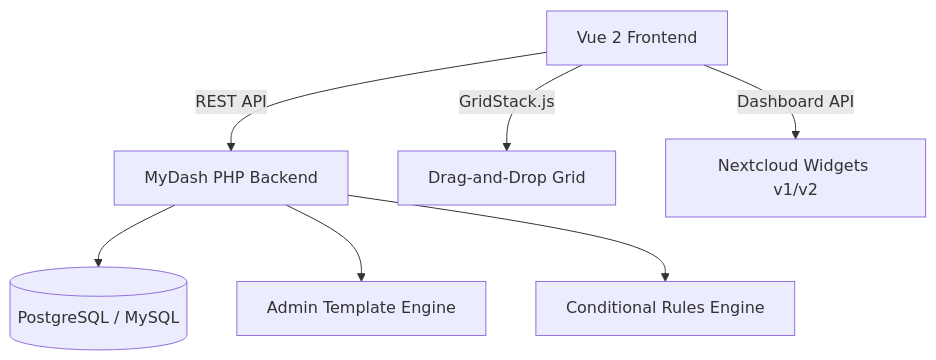
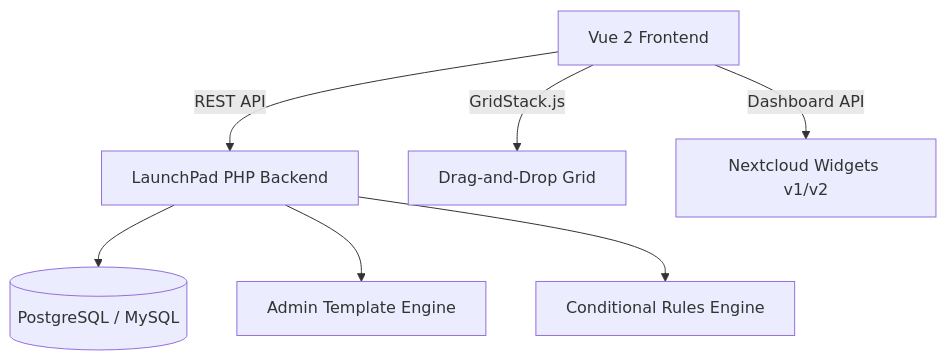
The diagram in README.md (ConductionNL/launchpad), drawn with Mermaid before and after one commit. The commit also changed other lines of this file and 1133 other files, not shown here.

First line of the commit message:
Rename app MyDash → LaunchPad

````diff
--- a/README.md
+++ b/README.md
@@ -66,9 +66,9 @@
 ```mermaid
 graph TD
-    A[Vue 2 Frontend] -->|REST API| B[MyDash PHP Backend]
+    A[Vue 2 Frontend] -->|REST API| B[LaunchPad PHP Backend]
     B --> C[(PostgreSQL / MySQL)]
     A -->|GridStack.js| D[Drag-and-Drop Grid]
     A -->|Dashboard API| E[Nextcloud Widgets v1/v2]
     B --> F[Admin Template Engine]
     B --> G[Conditional Rules Engine]
 ```
````
